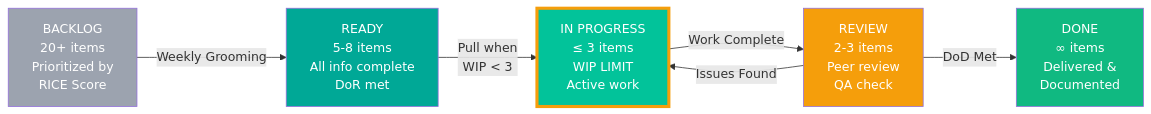
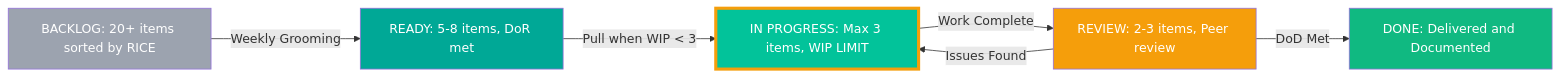
Before and after one commit to Nebiath/Architecture-design-documentation: the fourth of 10 diagrams in docs/ejemplo/01-global/demand-management/diagrams/demand-management-diagrams.md, drawn with Mermaid. The commit also changed other lines of this file, not shown here.

Commit message:
Mermaid rendering inconsistencies.

````diff
--- a/docs/ejemplo/01-global/demand-management/diagrams/demand-management-diagrams.md
+++ b/docs/ejemplo/01-global/demand-management/diagrams/demand-management-diagrams.md
@@ -220,21 +221,21 @@
 ```mermaid
 graph LR
-    A[BACKLOG<br/>20+ items<br/>Prioritized by<br/>RICE Score] -->|Weekly Grooming| B[READY<br/>5-8 items<br/>All info complete<br/>DoR met]
+    A[BACKLOG: 20+ items sorted by RICE] -->|Weekly Grooming| B[READY: 5-8 items, DoR met]
 
-    B -->|Pull when<br/>WIP < 3| C[IN PROGRESS<br/>≤ 3 items<br/>WIP LIMIT<br/>Active work]
+    B -->|Pull when WIP < 3| C[IN PROGRESS: Max 3 items, WIP LIMIT]
 
-    C -->|Work Complete| D[REVIEW<br/>2-3 items<br/>Peer review<br/>QA check]
+    C -->|Work Complete| D[REVIEW: 2-3 items, Peer review]
 
-    D -->|DoD Met| E[DONE<br/>∞ items<br/>Delivered &<br/>Documented]
+    D -->|DoD Met| E[DONE: Delivered and Documented]
 
     D -->|Issues Found| C
 
     style A fill:#9ca3af,color:#fff
     style B fill:#00a896,color:#fff
     style C fill:#02c39a,color:#fff
     style D fill:#f59e0b,color:#fff
     style E fill:#10b981,color:#fff
 
     classDef wip fill:#fef3c7,stroke:#f59e0b,stroke-width:4px
     class C wip
 ```
````
